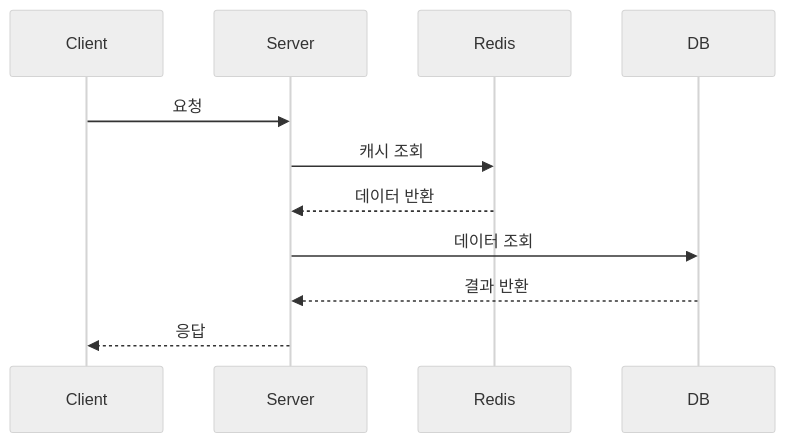
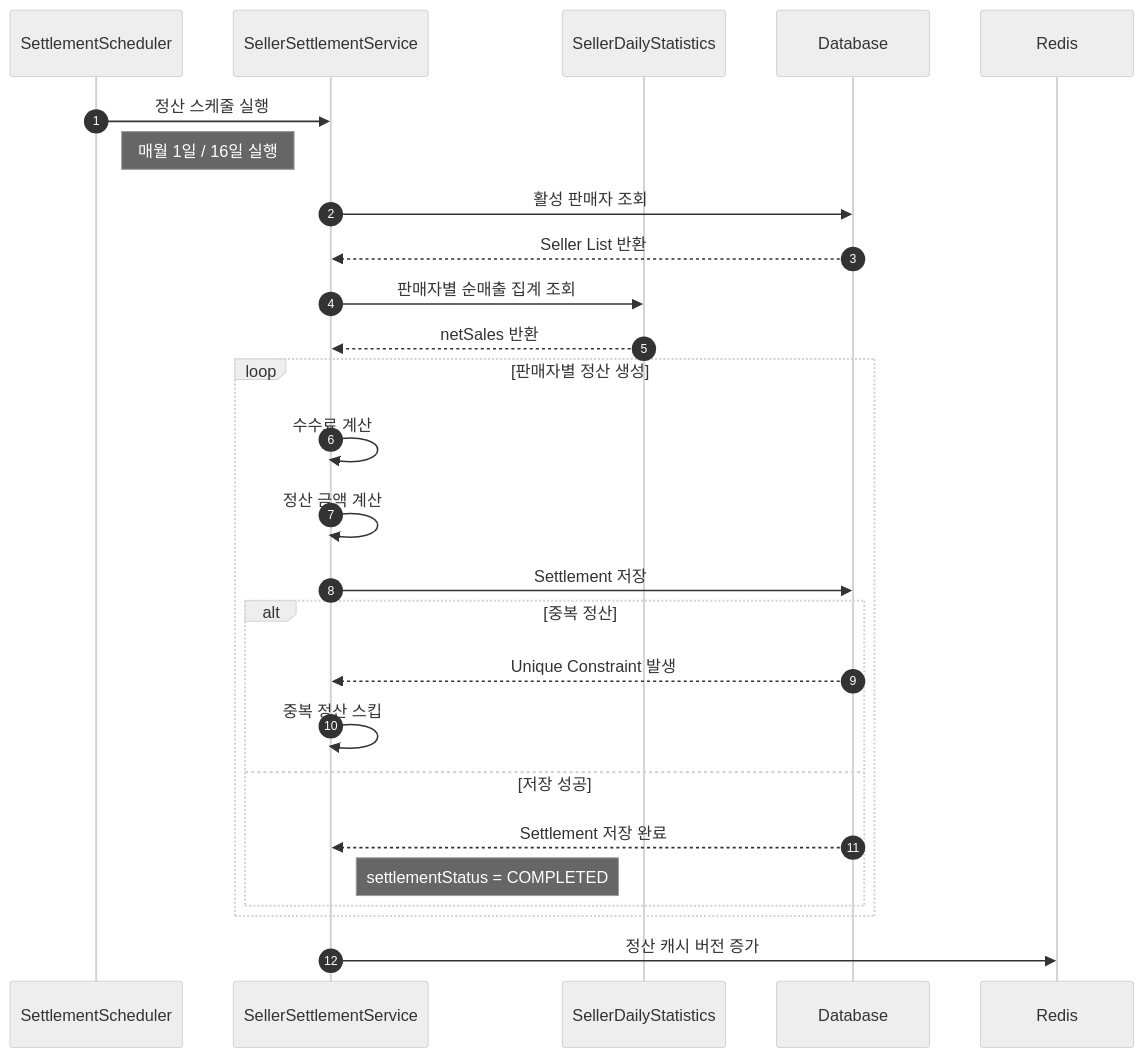
Before and after one commit to all-in-market/customer-server: the third of 8 diagrams in README.md, drawn with Mermaid (neutral theme). The commit also changed other lines of this file, not shown here.

````diff
--- a/README.md
+++ b/README.md
@@ -34,14 +175,38 @@
 ```mermaid
 sequenceDiagram
-    participant Client
-    participant Server
-    participant Redis
-    participant DB
+    autonumber
 
-    Client->>Server: 요청
-    Server->>Redis: 캐시 조회
-    Redis-->>Server: 데이터 반환
-    Server->>DB: 데이터 조회
-    DB-->>Server: 결과 반환
-    Server-->>Client: 응답
+    participant Scheduler as SettlementScheduler
+    participant Service as SellerSettlementService
+    participant Stats as SellerDailyStatistics
+    participant DB as Database
+    participant Redis as Redis
+
+    Scheduler->>Service: 정산 스케줄 실행
+
+    Note right of Scheduler: 매월 1일 / 16일 실행
+
+    Service->>DB: 활성 판매자 조회
+    DB-->>Service: Seller List 반환
+
+    Service->>Stats: 판매자별 순매출 집계 조회
+    Stats-->>Service: netSales 반환
+
+    loop 판매자별 정산 생성
+        Service->>Service: 수수료 계산
+        Service->>Service: 정산 금액 계산
+
+        Service->>DB: Settlement 저장
+
+        alt 중복 정산
+            DB-->>Service: Unique Constraint 발생
+            Service->>Service: 중복 정산 스킵
+
+        else 저장 성공
+            DB-->>Service: Settlement 저장 완료
+            Note right of Service: settlementStatus = COMPLETED
+        end
+    end
+
+    Service->>Redis: 정산 캐시 버전 증가
 ```
````
